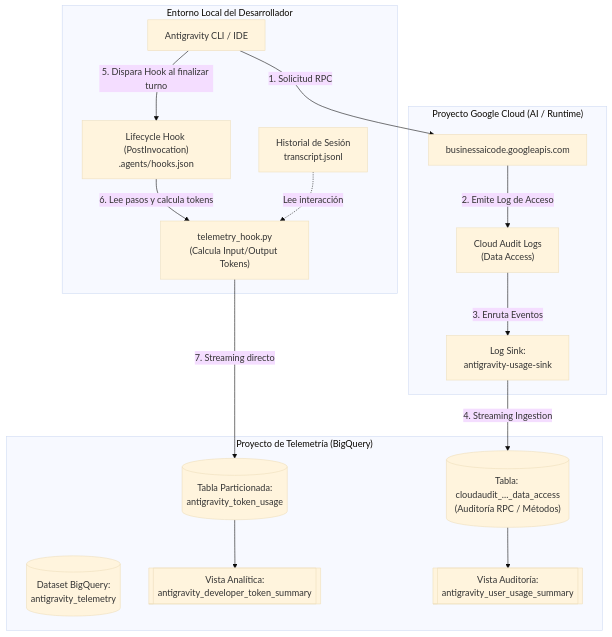
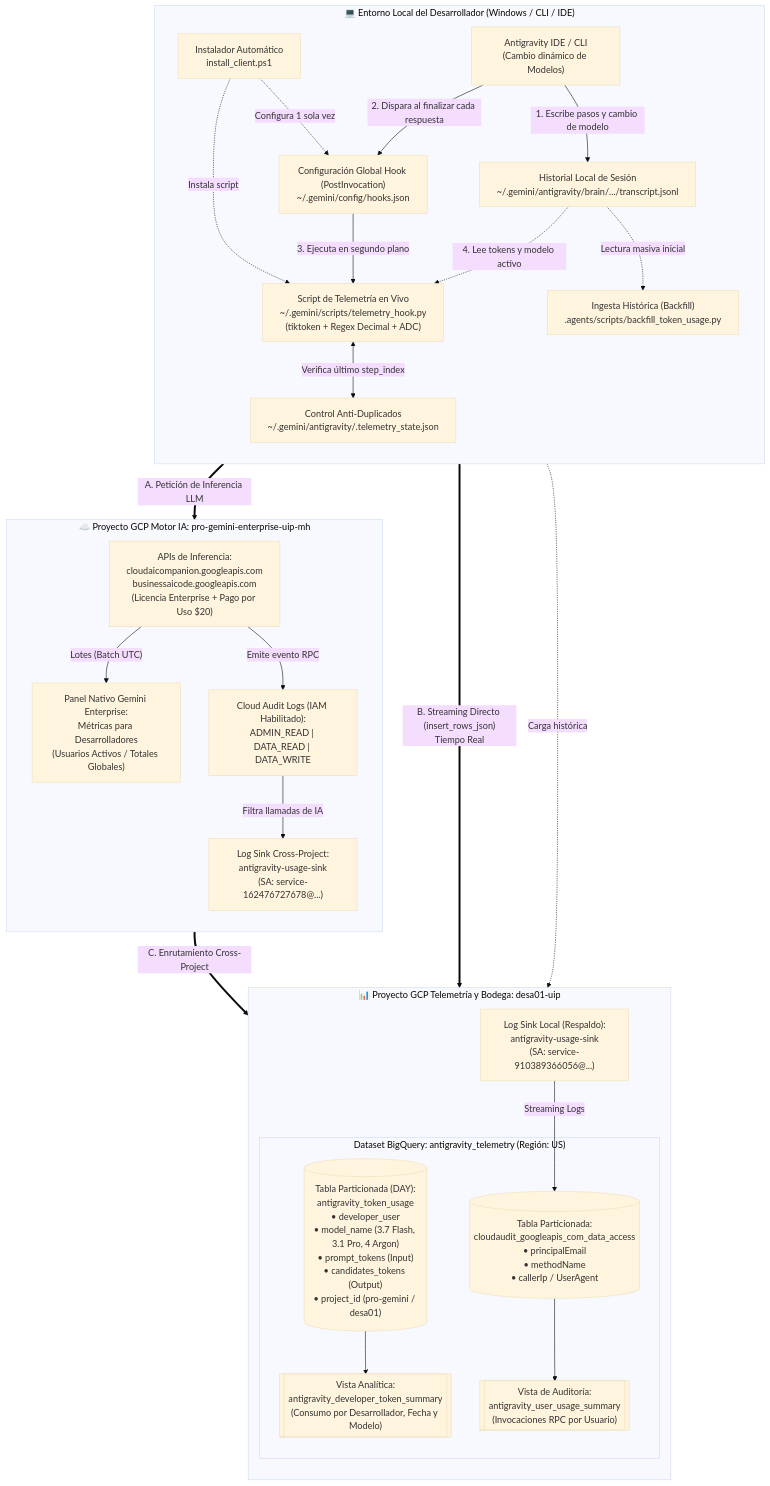
The diagram in README.md (IrahetaBuendia/Antigravity_Telemetry), drawn with Mermaid (base theme) before and after one commit. The commit also changed other lines of this file, not shown here.

Commit message:
docs: actualizar diagrama de arquitectura final Cross-Project en README

````diff
--- a/README.md
+++ b/README.md
@@ -11,36 +11,55 @@
 ```mermaid
-flowchart TD
-    subgraph DevEnvironment["Entorno Local del Desarrollador"]
-        CLI["Antigravity CLI / IDE"]
-        Hook["Lifecycle Hook (PostInvocation)<br/>.agents/hooks.json"]
-        PyHook["telemetry_hook.py<br/>(Calcula Input/Output Tokens)"]
-        Transcript["Historial de Sesión<br/>transcript.jsonl"]
+flowchart TB
+    subgraph DevMachine["💻 Entorno Local del Desarrollador (Windows / CLI / IDE)"]
+        direction TB
+        Installer["Instalador Automático<br/>install_client.ps1"]
+        IDE["Antigravity IDE / CLI<br/>(Cambio dinámico de Modelos)"]
+        Transcript["Historial Local de Sesión<br/>~/.gemini/antigravity/brain/.../transcript.jsonl"]
+        GlobalHook["Configuración Global Hook (PostInvocation)<br/>~/.gemini/config/hooks.json"]
+        PyHook["Script de Telemetría en Vivo<br/>~/.gemini/scripts/telemetry_hook.py<br/>(tiktoken + Regex Decimal + ADC)"]
+        StateFile["Control Anti-Duplicados<br/>~/.gemini/antigravity/.telemetry_state.json"]
+        Backfill["Ingesta Histórica (Backfill)<br/>.agents/scripts/backfill_token_usage.py"]
+
+        Installer -.->|"Configura 1 sola vez"| GlobalHook
+        Installer -.->|"Instala script"| PyHook
+        IDE -->|"1. Escribe pasos y cambio de modelo"| Transcript
+        IDE -->|"2. Dispara al finalizar cada respuesta"| GlobalHook
+        GlobalHook -->|"3. Ejecuta en segundo plano"| PyHook
+        Transcript -.->|"4. Lee tokens y modelo activo"| PyHook
+        PyHook <-->|"Verifica último step_index"| StateFile
+        Transcript -.->|"Lectura masiva inicial"| Backfill
     end
 
-    subgraph GCP_AI["Proyecto Google Cloud (AI / Runtime)"]
-        API["businessaicode.googleapis.com"]
-        CloudAudit["Cloud Audit Logs<br/>(Data Access)"]
-        Sink["Log Sink:<br/>antigravity-usage-sink"]
+    subgraph GCP_AI["☁️ Proyecto GCP Motor IA: pro-gemini-enterprise-uip-mh"]
+        direction TB
+        API["APIs de Inferencia:<br/>cloudaicompanion.googleapis.com<br/>businessaicode.googleapis.com<br/>(Licencia Enterprise + Pago por Uso $20)"]
+        NativeMetrics["Panel Nativo Gemini Enterprise:<br/>Métricas para Desarrolladores<br/>(Usuarios Activos / Totales Globales)"]
+        AuditLogs["Cloud Audit Logs (IAM Habilitado):<br/>ADMIN_READ | DATA_READ | DATA_WRITE"]
+        SinkAI["Log Sink Cross-Project:<br/>antigravity-usage-sink<br/>(SA: service-162476727678@...)"]
+
+        API -->|"Lotes (Batch UTC)"| NativeMetrics
+        API -->|"Emite evento RPC"| AuditLogs
+        AuditLogs -->|"Filtra llamadas de IA"| SinkAI
     end
 
-    subgraph GCP_Workload["Proyecto de Telemetría (BigQuery)"]
-        Dataset[("Dataset BigQuery:<br/>antigravity_telemetry")]
-        TableAudit[("Tabla: cloudaudit_..._data_access<br/>(Auditoría RPC / Métodos)")]
-        TableTokens[("Tabla Particionada:<br/>antigravity_token_usage")]
-        ViewSummary[["Vista Analítica:<br/>antigravity_developer_token_summary"]]
-        ViewUsage[["Vista Auditoría:<br/>antigravity_user_usage_summary"]]
+    subgraph GCP_BQ["📊 Proyecto GCP Telemetría y Bodega: desa01-uip"]
+        direction TB
+        SinkDesa["Log Sink Local (Respaldo):<br/>antigravity-usage-sink<br/>(SA: service-910389366056@...)"]
+        
+        subgraph Dataset["Dataset BigQuery: antigravity_telemetry (Región: US)"]
+            TableTokens[("Tabla Particionada (DAY):<br/>antigravity_token_usage<br/>• developer_user<br/>• model_name (3.7 Flash, 3.1 Pro, 4 Argon)<br/>• prompt_tokens (Input)<br/>• candidates_tokens (Output)<br/>• project_id (pro-gemini / desa01)")]
+            TableAudit[("Tabla Particionada:<br/>cloudaudit_googleapis_com_data_access<br/>• principalEmail<br/>• methodName<br/>• callerIp / UserAgent")]
+            ViewTokens[["Vista Analítica:<br/>antigravity_developer_token_summary<br/>(Consumo por Desarrollador, Fecha y Modelo)"]]
+            ViewAudit[["Vista de Auditoría:<br/>antigravity_user_usage_summary<br/>(Invocaciones RPC por Usuario)"]]
+        end
+
+        SinkDesa -->|"Streaming Logs"| TableAudit
+        TableTokens --> ViewTokens
+        TableAudit --> ViewAudit
     end
 
-    CLI -->|"1. Solicitud RPC"| API
-    API -->|"2. Emite Log de Acceso"| CloudAudit
-    CloudAudit -->|"3. Enruta Eventos"| Sink
-    Sink -->|"4. Streaming Ingestion"| TableAudit
-
-    CLI -->|"5. Dispara Hook al finalizar turno"| Hook
-    Hook -->|"6. Lee pasos y calcula tokens"| PyHook
-    Transcript -.->|"Lee interacción"| PyHook
-    PyHook -->|"7. Streaming directo"| TableTokens
-
-    TableAudit --> ViewUsage
-    TableTokens --> ViewSummary
+    IDE ==>|"A. Petición de Inferencia LLM"| API
+    PyHook ==>|"B. Streaming Directo (insert_rows_json)<br/>Tiempo Real"| TableTokens
+    Backfill -.->|"Carga histórica"| TableTokens
+    SinkAI ==>|"C. Enrutamiento Cross-Project"| TableAudit
 ```
````
